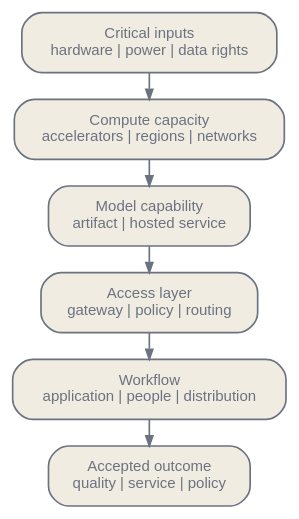
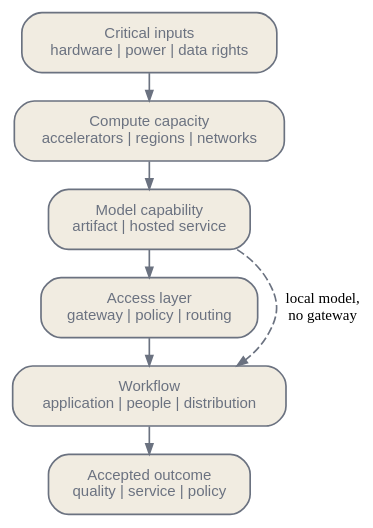
Before and after one commit to latere-ai/ai-as-an-infrastructure: the diagram in en/ecosystem/05-market-structure.qmd, drawn with Graphviz. The commit also changed other lines of this file and 1 other file, not shown here.

Commit message:
ecosystem: value-chain diagram draws the local-model bypass, and the market-review chain that restated the procedure is removed

````diff
--- a/en/ecosystem/05-market-structure.qmd
+++ b/en/ecosystem/05-market-structure.qmd
@@ -25,21 +25,27 @@
 ```{dot}
 //| label: fig-market-structure-chain
-//| fig-cap: "Technical dependencies in a deployed AI capability. Boxes are not market boundaries, and some deployments bypass a box."
+//| fig-cap: "Technical dependencies in a deployed AI capability. Boxes are not market boundaries, and some deployments bypass a box: the dashed edge is an application that calls a local model directly, without a gateway."
 digraph ai_value_chain {
   bgcolor="transparent";
   rankdir=TB;
   nodesep=0.12;
   ranksep=0.22;
   node [shape=box, style="rounded,filled", fontname="Helvetica", fontsize=9,
         color="#6b7280", fontcolor="#6b7280", fillcolor="#f1ece1",
         margin="0.10,0.07"];
   edge [color="#6b7280", arrowsize=0.6];
   I [label="Critical inputs\nhardware | power | data rights"];
   C [label="Compute capacity\naccelerators | regions | networks"];
   M [label="Model capability\nartifact | hosted service"];
   A [label="Access layer\ngateway | policy | routing"];
   W [label="Workflow\napplication | people | distribution"];
   O [label="Accepted outcome\nquality | service | policy"];
+  // One group keeps the dependency chain in a straight column; the bypass
+  // edge runs beside it.
+  I [group=main]; C [group=main]; M [group=main];
+  A [group=main]; W [group=main]; O [group=main];
   I -> C -> M -> A -> W -> O;
+  M -> W [label="local model,\nno gateway", style=dashed, fontsize=9,
+          constraint=false];
 }
 ```
````
